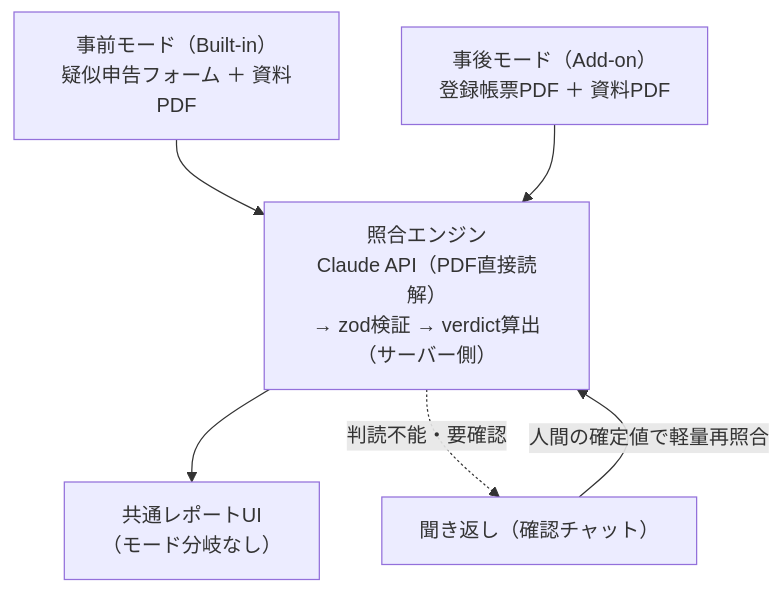
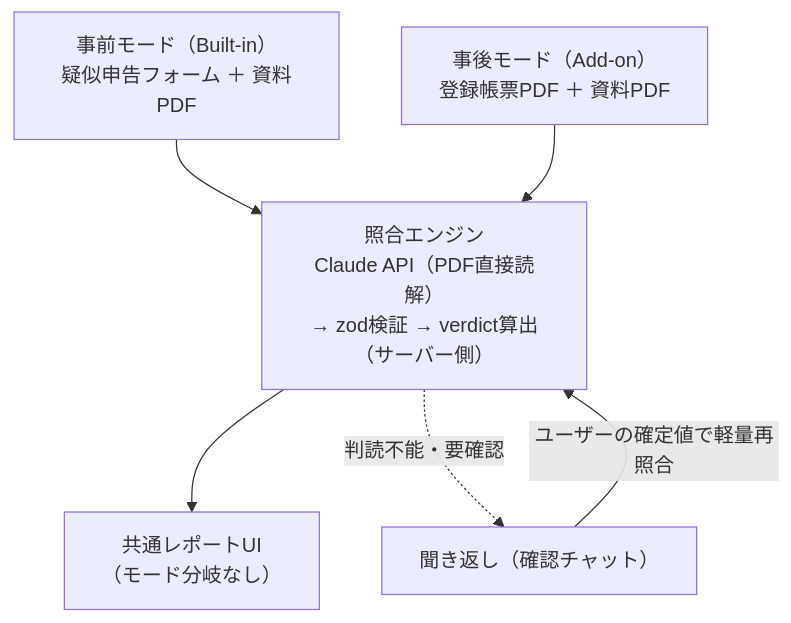
The diagram in README.md (jsugawara00/pre-submission-ai-gateway), drawn with Mermaid before and after one commit. The commit also changed other lines of this file, not shown here.

````diff
--- a/README.md
+++ b/README.md
@@ -25,8 +25,8 @@
 ```mermaid
 flowchart TB
     A["事前モード（Built-in）<br/>疑似申告フォーム ＋ 資料PDF"] --> E
     B["事後モード（Add-on）<br/>登録帳票PDF ＋ 資料PDF"] --> E
     E["照合エンジン<br/>Claude API（PDF直接読解）<br/>→ zod検証 → verdict算出（サーバー側）"] --> R["共通レポートUI<br/>（モード分岐なし）"]
     E -. 判読不能・要確認 .-> C["聞き返し（確認チャット）"]
-    C -- 人間の確定値で軽量再照合 --> E
+    C -- ユーザーの確定値で軽量再照合 --> E
 ```
````
